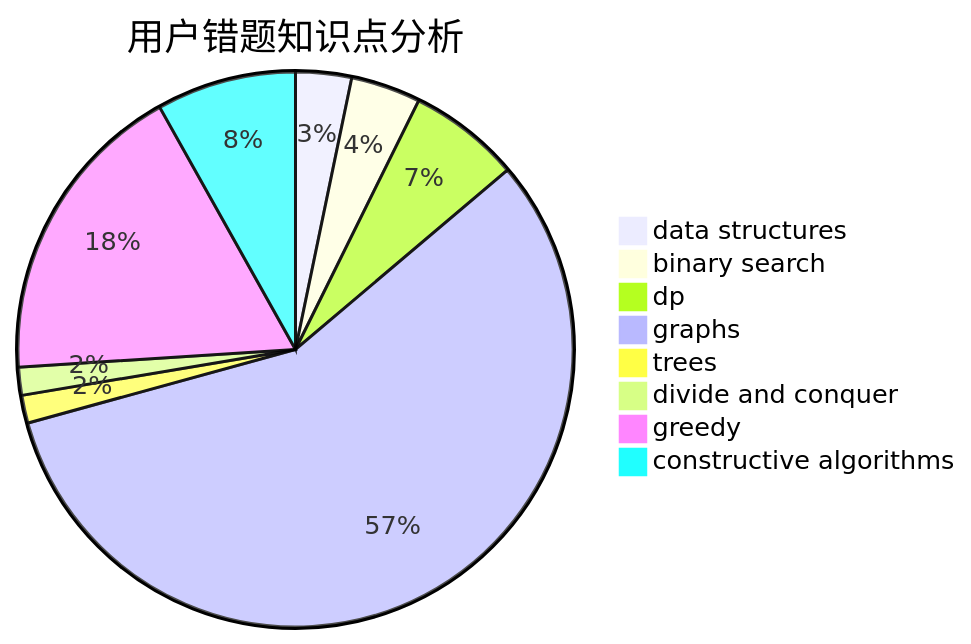
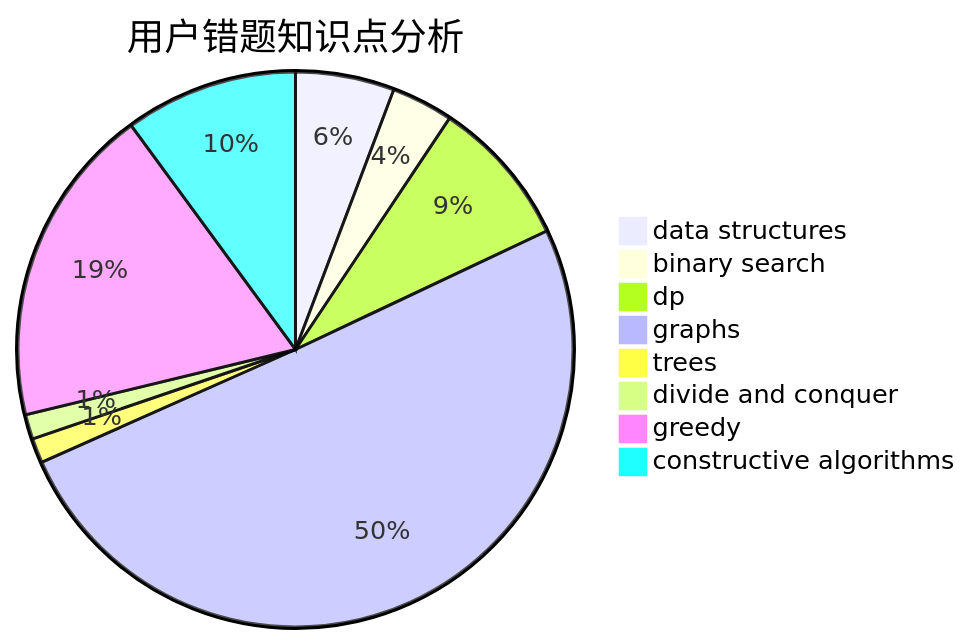
The third of 3 diagrams in docs/user/u1108.md (sherpahu/cfrs.github.io), drawn with Mermaid before and after one commit. The commit also changed other lines of this file and 2770 other files, not shown here.

````diff
--- a/docs/user/u1108.md
+++ b/docs/user/u1108.md
@@ -36,11 +36,11 @@
 ```mermaid
 pie title 用户错题知识点分析
-    "data structures" :  4
+    "data structures" :  8
     "binary search" :  5
-    "dp" :  8
+    "dp" :  12
     "graphs" :  70
     "trees" :  2
     "divide and conquer" :  2
-    "greedy" :  22
-    "constructive algorithms" :  10
+    "greedy" :  26
+    "constructive algorithms" :  14
 ```
````
